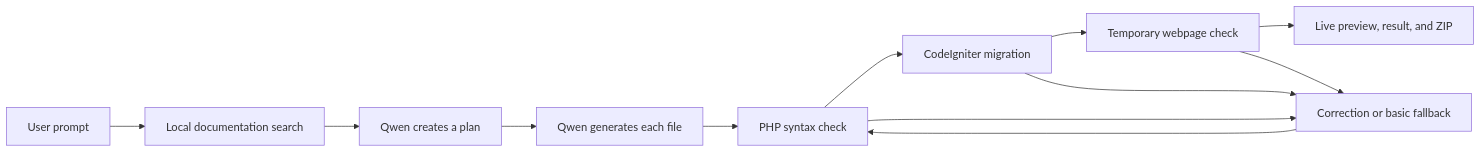
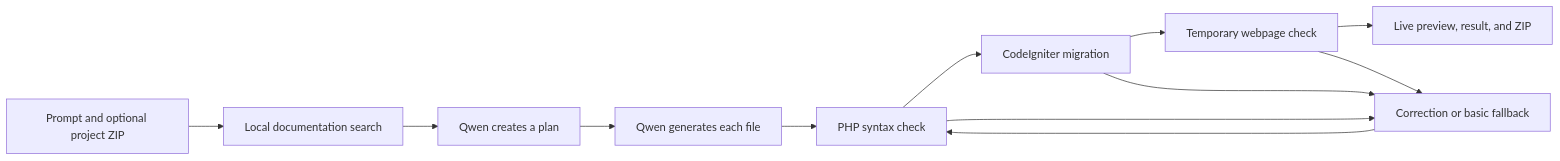
Before and after one commit to AshvinSehgal/PHP-Vibe-Coder: the diagram in README.md, drawn with Mermaid. The commit also changed other lines of this file and 8 other files, not shown here.

````diff
--- a/README.md
+++ b/README.md
@@ -27,14 +32,14 @@
 ```mermaid
 flowchart LR
-    A["User prompt"] --> B["Local documentation search"]
+    A["Prompt and optional project ZIP"] --> B["Local documentation search"]
     B --> C["Qwen creates a plan"]
     C --> D["Qwen generates each file"]
     D --> E["PHP syntax check"]
     E --> F["CodeIgniter migration"]
     F --> G["Temporary webpage check"]
     G --> H["Live preview, result, and ZIP"]
     E --> I["Correction or basic fallback"]
     F --> I
     G --> I
     I --> E
 ```
````
